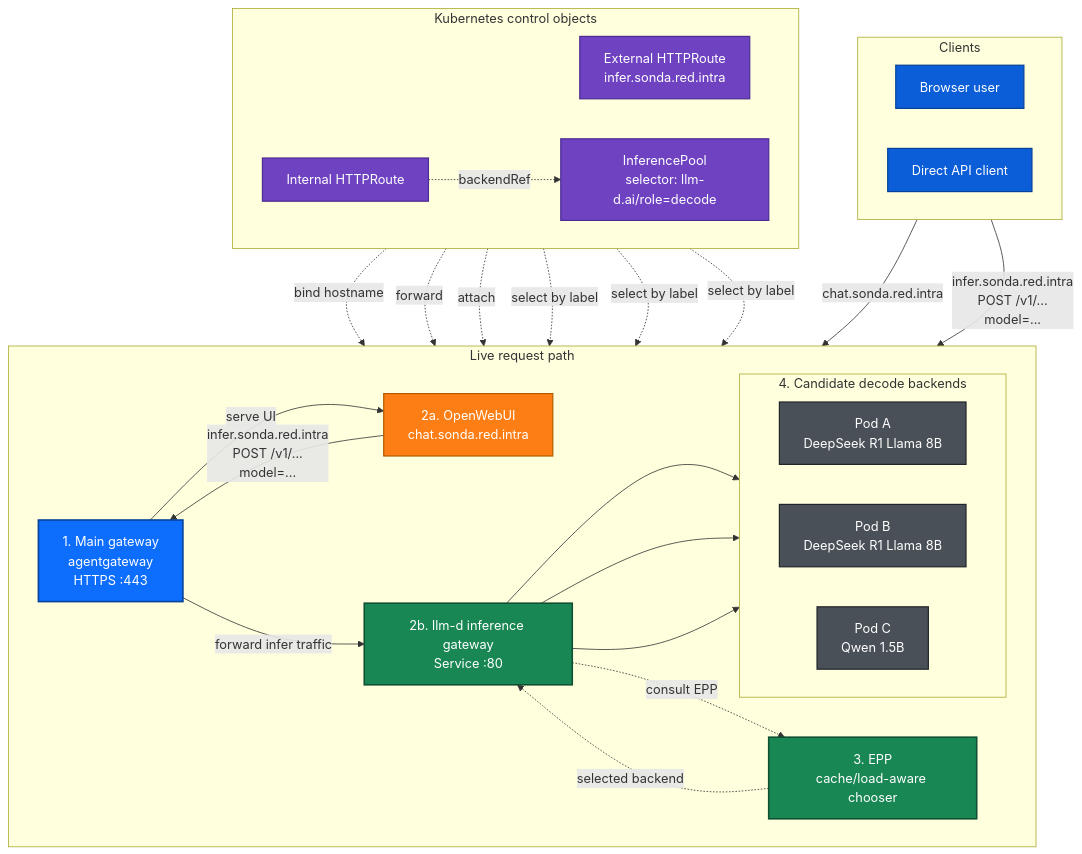
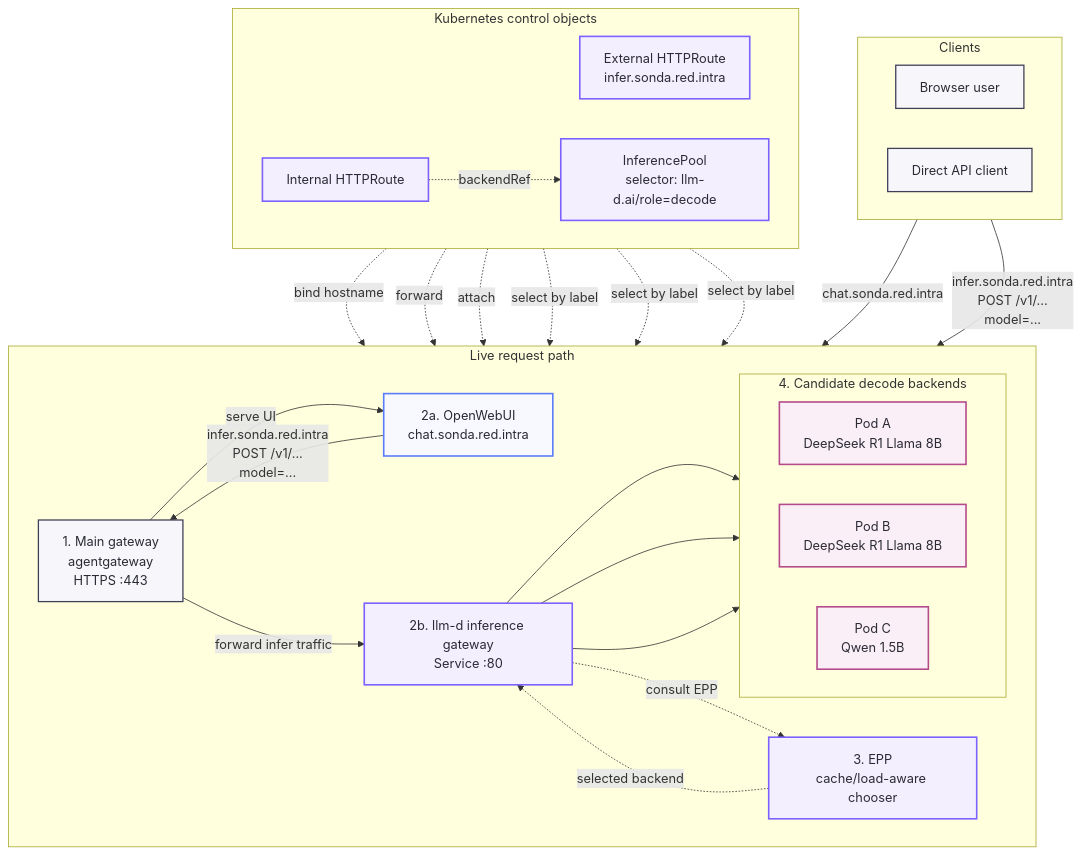
Before and after one commit to sonda-red/blog: the third of 3 diagrams in content/posts/07-intel-homelab-5.md, drawn with Mermaid.

Commit message:
fix: update mermaid diagram styles for improved visibility in blog post on LLM routing and migration

```diff
--- a/content/posts/07-intel-homelab-5.md
+++ b/content/posts/07-intel-homelab-5.md
@@ -275,64 +275,64 @@
 {{< mermaid >}}
 flowchart TB
 
-    classDef client fill:#0b5ed7,color:#fff,stroke:#084298,stroke-width:1.5px;
-    classDef ingress fill:#0d6efd,color:#fff,stroke:#084298,stroke-width:2px;
-    classDef app fill:#fd7e14,color:#fff,stroke:#b35a00,stroke-width:1.5px;
-    classDef runtime fill:#198754,color:#fff,stroke:#0f5132,stroke-width:2px;
-    classDef backend fill:#495057,color:#fff,stroke:#212529,stroke-width:1.5px;
-    classDef control fill:#6f42c1,color:#fff,stroke:#4c2c92,stroke-width:1.5px;
+    classDef client fill:#f7f7fb,stroke:#3f3f58,color:#2b2b35,stroke-width:1.6px;
+    classDef ingress fill:#f7f7fb,stroke:#3f3f58,color:#2b2b35,stroke-width:1.6px;
+    classDef app fill:#f7f9ff,stroke:#5b7cfa,color:#2b2b35,stroke-width:2px;
+    classDef runtime fill:#f4efff,stroke:#7b61ff,color:#2b2b35,stroke-width:2px;
+    classDef backend fill:#faeff7,stroke:#b44b8a,color:#2b2b35,stroke-width:2px;
+    classDef control fill:#f4efff,stroke:#7b61ff,color:#2b2b35,stroke-width:2px;
 
     subgraph clients["Clients"]
         direction LR
         browser["Browser user"]
         api["Direct API client"]
     end
 
     subgraph traffic["Live request path"]
         direction LR
         gw["1. Main gateway<br/>agentgateway<br/>HTTPS :443"]
         owui["2a. OpenWebUI<br/>chat.sonda.red.intra"]
         infer["2b. llm-d inference gateway<br/>Service :80"]
         epp["3. EPP<br/>cache/load-aware chooser"]
 
         subgraph pods["4. Candidate decode backends"]
             direction LR
             ds1["Pod A<br/>DeepSeek R1 Llama 8B"]
             ds2["Pod B<br/>DeepSeek R1 Llama 8B"]
             ds3["Pod C<br/>Qwen 1.5B"]
         end
     end
 
     subgraph controlplane["Kubernetes control objects"]
         direction LR
         ext["External HTTPRoute<br/>infer.sonda.red.intra"]
         route["Internal HTTPRoute"]
         pool["InferencePool<br/>selector: llm-d.ai/role=decode"]
     end
 
     browser -->|"chat.sonda.red.intra"| gw
     gw -->|"serve UI"| owui
     owui -->|"infer.sonda.red.intra<br/>POST /v1/...<br/>model=..."| gw
     api -->|"infer.sonda.red.intra<br/>POST /v1/...<br/>model=..."| gw
     gw -->|"forward infer traffic"| infer
     infer -.->|"consult EPP"| epp
     epp -.->|"selected backend"| infer
     infer --> ds1
     infer --> ds2
     infer --> ds3
 
     ext -.->|"bind hostname"| gw
     ext -.->|"forward"| infer
     route -.->|"attach"| infer
     route -.->|"backendRef"| pool
     pool -.->|"select by label"| ds1
     pool -.->|"select by label"| ds2
     pool -.->|"select by label"| ds3
 
     class browser,api client
     class gw ingress
     class owui app
     class infer,epp runtime
     class ds1,ds2,ds3 backend
     class ext,route,pool control
 {{< /mermaid >}}
```
